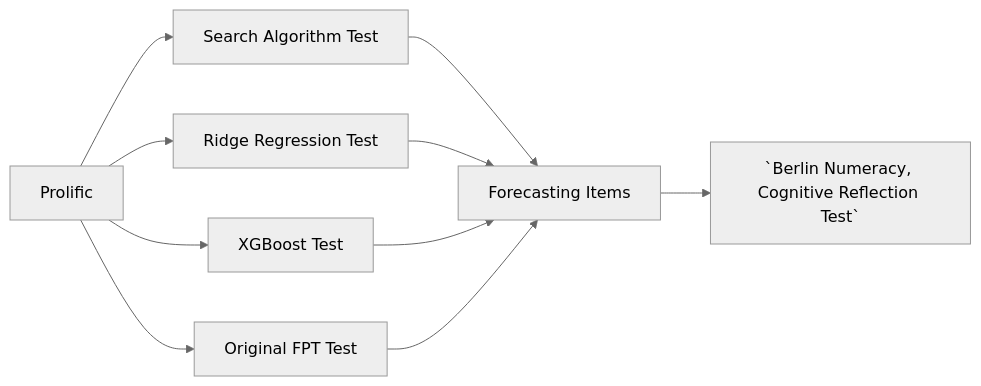
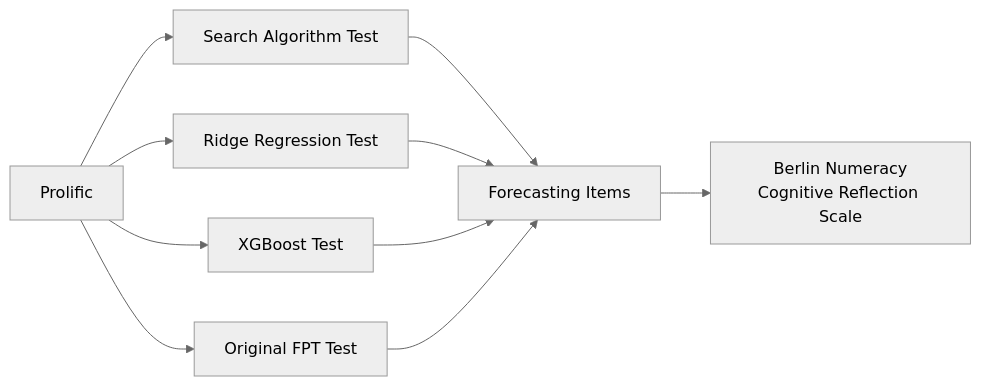
One commit to jhelmer3/cognitive-tasks changed the diagram in Reports/Methods/proposal.qmd. Above: the diagram before and after it, drawn with Mermaid (neutral theme). The commit also changed 6 other files, not shown here.

Commit message:
Fix mermaid styling

````diff
--- a/Reports/Methods/proposal.qmd
+++ b/Reports/Methods/proposal.qmd
@@ -241,12 +241,12 @@
 ```{mermaid}
 flowchart LR
     A[Prolific] --> B[Search Algorithm Test]
     A[Prolific] --> C[Ridge Regression Test]
     A[Prolific] --> D[XGBoost Test]
     A[Prolific] --> E[Original FPT Test]
     B --> F[Forecasting Items]
     C --> F[Forecasting Items]
     D --> F[Forecasting Items]
     E --> F[Forecasting Items]
-    F --> G[`Berlin Numeracy, \nCognitive Reflection Test`]
+    F --> G[Berlin Numeracy<br>Cognitive Reflection Scale]
 ```
````
